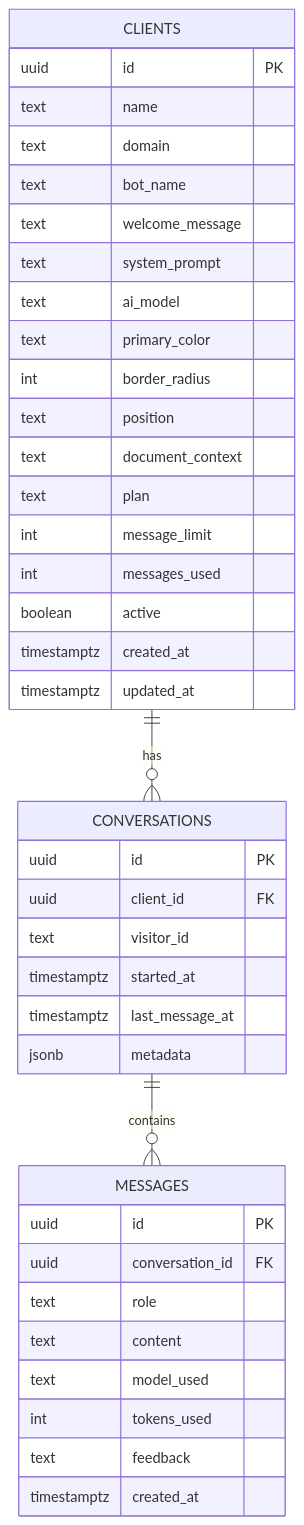
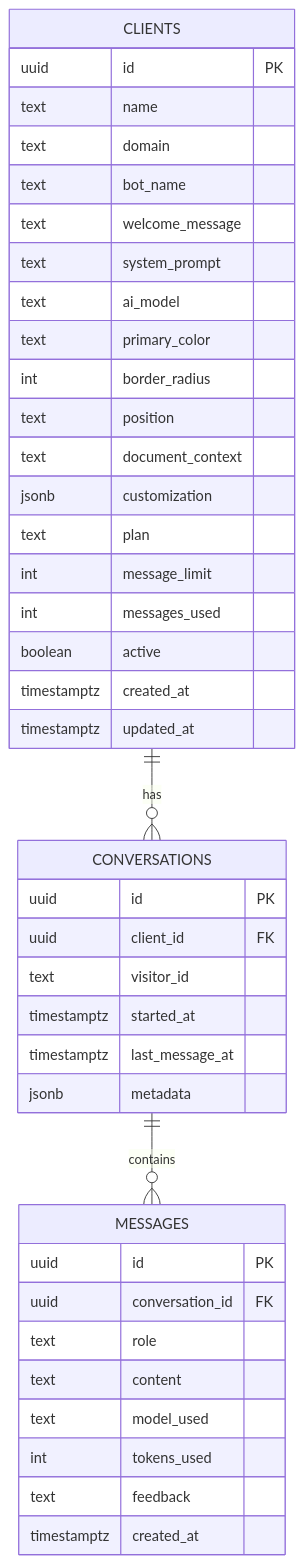
One commit to Jotil-Labs/jotil_labs_web_chat_platfrom changed the third of 5 diagrams in docs/technical_architecture.md. Above: the diagram before and after it, drawn with Mermaid. The commit also changed other lines of this file and 1 other file, not shown here.

First line of the commit message:
docs: add widget customization guide, update technical architecture

````diff
--- a/docs/technical_architecture.md
+++ b/docs/technical_architecture.md
@@ -277,45 +278,46 @@
 ```mermaid
 erDiagram
   CLIENTS ||--o{ CONVERSATIONS : has
   CONVERSATIONS ||--o{ MESSAGES : contains
 
   CLIENTS {
     uuid id PK
     text name
     text domain
     text bot_name
     text welcome_message
     text system_prompt
     text ai_model
     text primary_color
     int border_radius
     text position
     text document_context
+    jsonb customization
     text plan
     int message_limit
     int messages_used
     boolean active
     timestamptz created_at
     timestamptz updated_at
   }
 
   CONVERSATIONS {
     uuid id PK
     uuid client_id FK
     text visitor_id
     timestamptz started_at
     timestamptz last_message_at
     jsonb metadata
   }
 
   MESSAGES {
     uuid id PK
     uuid conversation_id FK
     text role
     text content
     text model_used
     int tokens_used
     text feedback
     timestamptz created_at
   }
 ```
````
